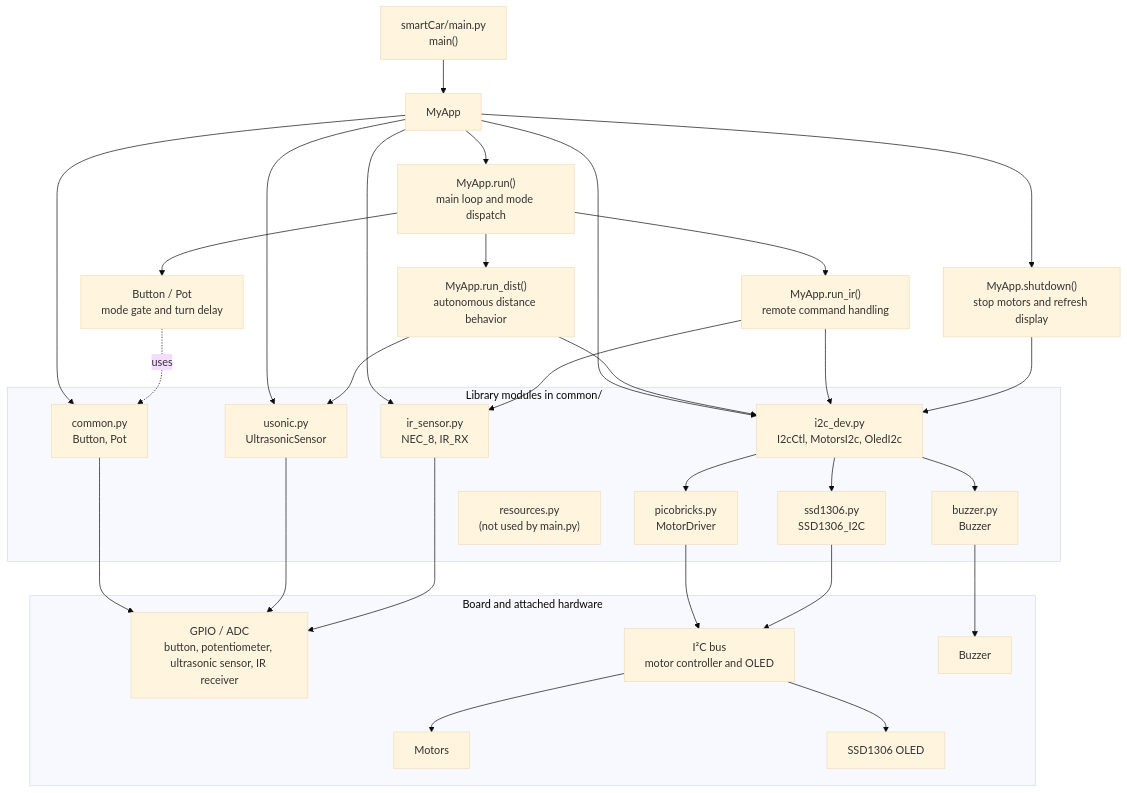
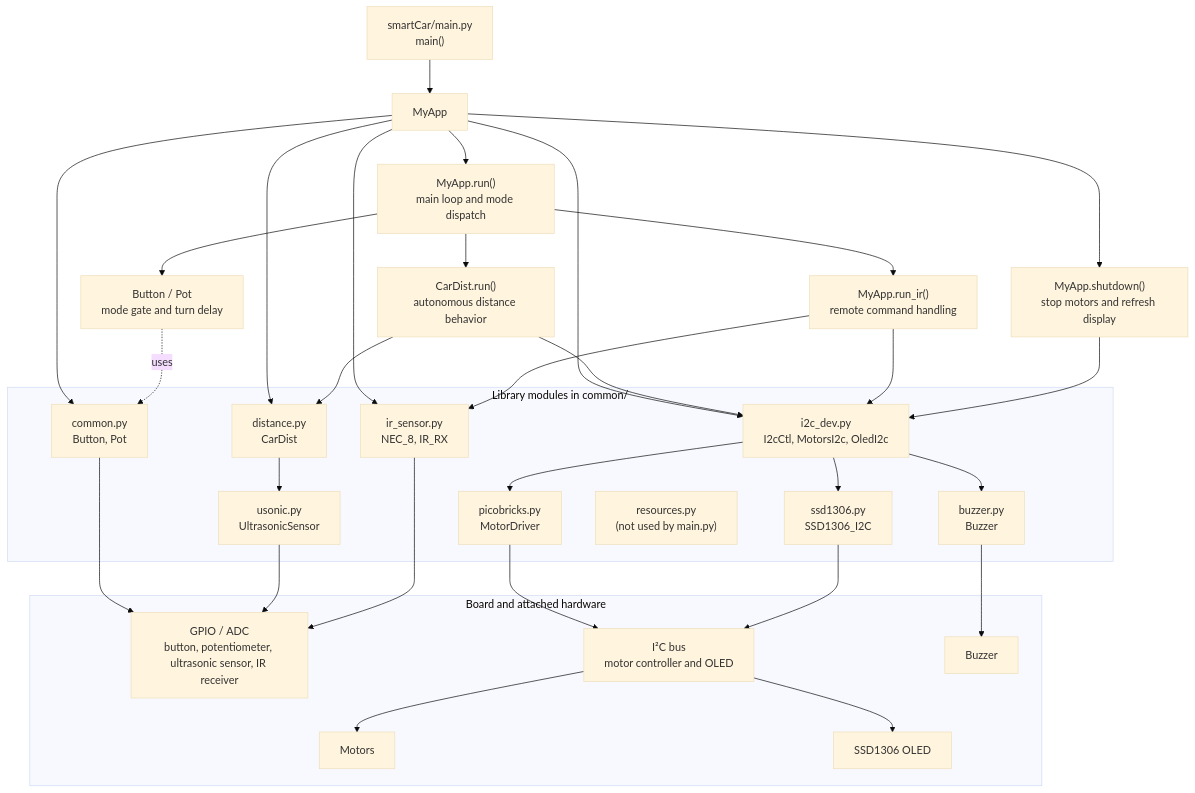
Before and after one commit to fkuhns/mybricks: the second of 2 diagrams in smartCar/architecture.md, drawn with Mermaid (base theme). The commit also changed other lines of this file and 16 other files, not shown here.

````diff
--- a/smartCar/architecture.md
+++ b/smartCar/architecture.md
@@ -7,52 +62,54 @@
 ```mermaid
 flowchart TD
     entry["smartCar/main.py<br/>main()"] --> app["MyApp"]
     app --> loop["MyApp.run()<br/>main loop and mode dispatch"]
-    loop --> distance["MyApp.run_dist()<br/>autonomous distance behavior"]
+    loop --> distance["CarDist.run()<br/>autonomous distance behavior"]
     loop --> infrared["MyApp.run_ir()<br/>remote command handling"]
     loop --> controls["Button / Pot<br/>mode gate and turn delay"]
     app --> shutdown["MyApp.shutdown()<br/>stop motors and refresh display"]
 
     subgraph common["Library modules in common/"]
         common_mod["common.py<br/>Button, Pot"]
+        distance_mod["distance.py<br/>CarDist"]
         ultrasonic_mod["usonic.py<br/>UltrasonicSensor"]
         ir_mod["ir_sensor.py<br/>NEC_8, IR_RX"]
         i2c_mod["i2c_dev.py<br/>I2cCtl, MotorsI2c, OledI2c"]
         motor_lib["picobricks.py<br/>MotorDriver"]
         display_lib["ssd1306.py<br/>SSD1306_I2C"]
         buzzer_lib["buzzer.py<br/>Buzzer"]
         resources["resources.py<br/>(not used by main.py)"]
     end
 
     app --> common_mod
-    app --> ultrasonic_mod
+    app --> distance_mod
     app --> ir_mod
     app --> i2c_mod
     controls -. uses .-> common_mod
-    distance --> ultrasonic_mod
+    distance --> distance_mod
+    distance_mod --> ultrasonic_mod
     distance --> i2c_mod
     infrared --> ir_mod
     infrared --> i2c_mod
     shutdown --> i2c_mod
 
     i2c_mod --> motor_lib
     i2c_mod --> display_lib
     i2c_mod --> buzzer_lib
 
     subgraph hardware["Board and attached hardware"]
         gpio["GPIO / ADC<br/>button, potentiometer, ultrasonic sensor, IR receiver"]
         bus["I²C bus<br/>motor controller and OLED"]
         motor["Motors"]
         oled["SSD1306 OLED"]
         sound["Buzzer"]
     end
 
     common_mod --> gpio
     ultrasonic_mod --> gpio
     ir_mod --> gpio
     motor_lib --> bus
     display_lib --> bus
     buzzer_lib --> sound
     bus --> motor
     bus --> oled
 ```
````
